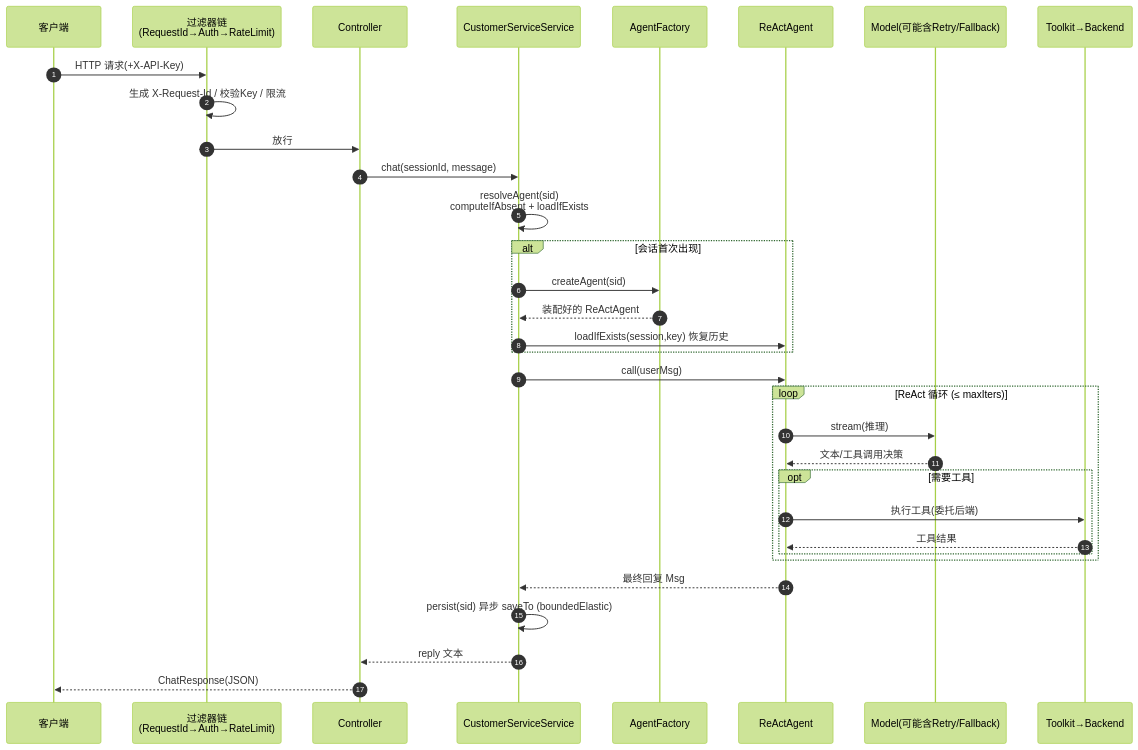
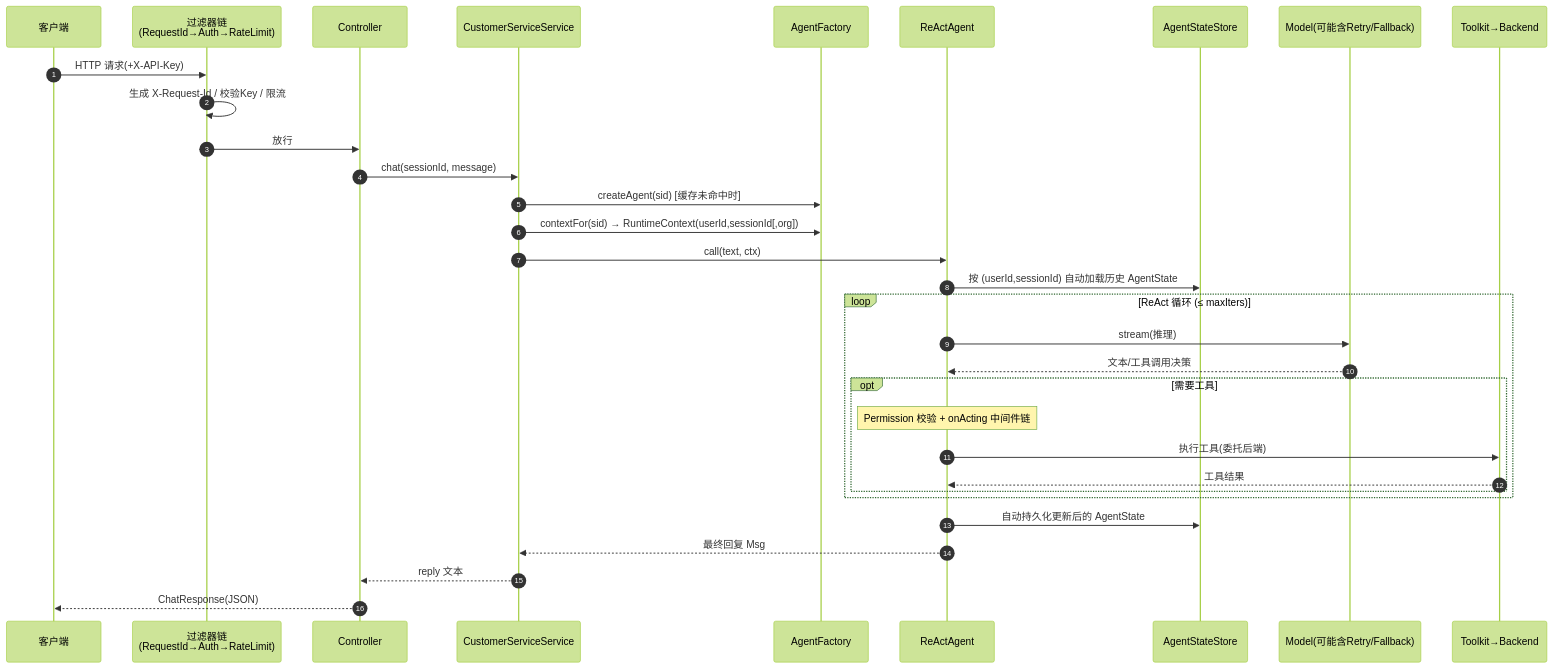
The ninth of 26 diagrams in docs/详细技术文档.md (liulangjietou/customer_work), drawn with Mermaid (forest theme) before and after one commit. The commit also changed other lines of this file, not shown here.

First line of the commit message:
docs: 详细技术文档整篇重写为 AgentScope 2.0 版

````diff
--- a/docs/详细技术文档.md
+++ b/docs/详细技术文档.md
@@ -384,36 +364,35 @@
 ```mermaid
 sequenceDiagram
     autonumber
     participant C as 客户端
     participant F as 过滤器链<br/>(RequestId→Auth→RateLimit)
     participant Ctrl as Controller
     participant Svc as CustomerServiceService
     participant Fac as AgentFactory
     participant Ag as ReActAgent
+    participant Store as AgentStateStore
     participant M as Model(可能含Retry/Fallback)
     participant T as Toolkit→Backend
 
     C->>F: HTTP 请求(+X-API-Key)
     F->>F: 生成 X-Request-Id / 校验Key / 限流
     F->>Ctrl: 放行
     Ctrl->>Svc: chat(sessionId, message)
-    Svc->>Svc: resolveAgent(sid)<br/>computeIfAbsent + loadIfExists
-    alt 会话首次出现
-        Svc->>Fac: createAgent(sid)
-        Fac-->>Svc: 装配好的 ReActAgent
-        Svc->>Ag: loadIfExists(session,key) 恢复历史
-    end
-    Svc->>Ag: call(userMsg)
+    Svc->>Fac: createAgent(sid) [缓存未命中时]
+    Svc->>Fac: contextFor(sid) → RuntimeContext(userId,sessionId[,org])
+    Svc->>Ag: call(text, ctx)
+    Ag->>Store: 按 (userId,sessionId) 自动加载历史 AgentState
     loop ReAct 循环 (≤ maxIters)
         Ag->>M: stream(推理)
         M-->>Ag: 文本/工具调用决策
         opt 需要工具
+            Note over Ag: Permission 校验 + onActing 中间件链
             Ag->>T: 执行工具(委托后端)
             T-->>Ag: 工具结果
         end
     end
+    Ag->>Store: 自动持久化更新后的 AgentState
     Ag-->>Svc: 最终回复 Msg
-    Svc->>Svc: persist(sid) 异步 saveTo (boundedElastic)
     Svc-->>Ctrl: reply 文本
     Ctrl-->>C: ChatResponse(JSON)
 ```
````
